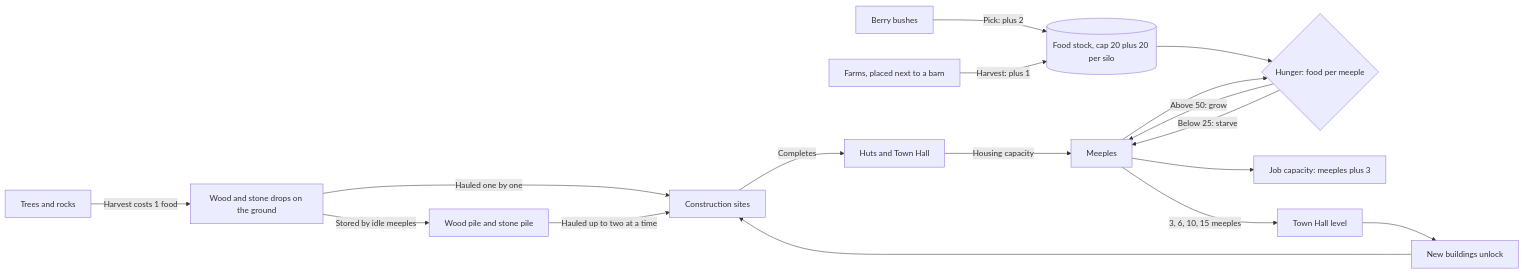
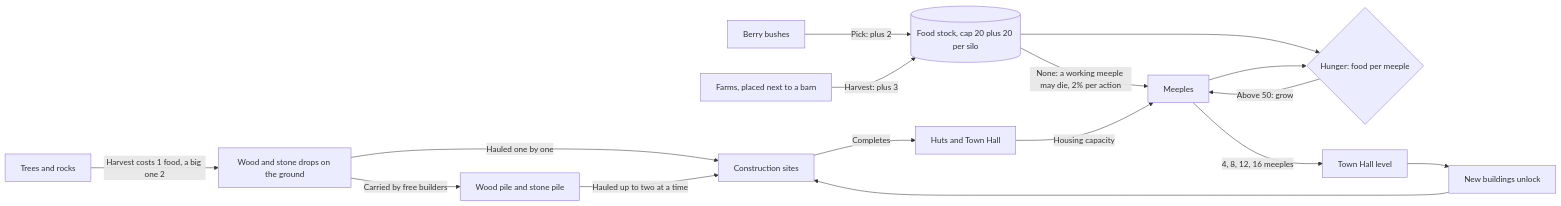
The second of 11 diagrams in docs/architecture.md (Liam-M-Mays/game-jam-2026), drawn with Mermaid before and after one commit. The commit also changed other lines of this file and 162 other files, not shown here.

````diff
--- a/docs/architecture.md
+++ b/docs/architecture.md
@@ -98,33 +101,31 @@
 ```mermaid
 flowchart LR
     tree["Trees and rocks"]
     bush["Berry bushes"]
     farm["Farms, placed next to a barn"]
     drops["Wood and stone drops on the ground"]
     piles["Wood pile and stone pile"]
     site["Construction sites"]
     huts["Huts and Town Hall"]
     food[("Food stock, cap 20 plus 20 per silo")]
     hunger{"Hunger: food per meeple"}
     meeples["Meeples"]
-    jobs["Job capacity: meeples plus 3"]
     hall["Town Hall level"]
     unlocks["New buildings unlock"]
 
-    tree -->|"Harvest costs 1 food"| drops
+    tree -->|"Harvest costs 1 food, a big one 2"| drops
     drops -->|"Hauled one by one"| site
-    drops -->|"Stored by idle meeples"| piles
+    drops -->|"Carried by free builders"| piles
     piles -->|"Hauled up to two at a time"| site
     site -->|"Completes"| huts
     bush -->|"Pick: plus 2"| food
-    farm -->|"Harvest: plus 1"| food
+    farm -->|"Harvest: plus 3"| food
     food --> hunger
     meeples --> hunger
     hunger -->|"Above 50: grow"| meeples
-    hunger -->|"Below 25: starve"| meeples
+    food -->|"None: a working meeple may die, 2% per action"| meeples
     huts -->|"Housing capacity"| meeples
-    meeples --> jobs
-    meeples -->|"3, 6, 10, 15 meeples"| hall
+    meeples -->|"4, 8, 12, 16 meeples"| hall
     hall --> unlocks
     unlocks --> site
 ```
````
